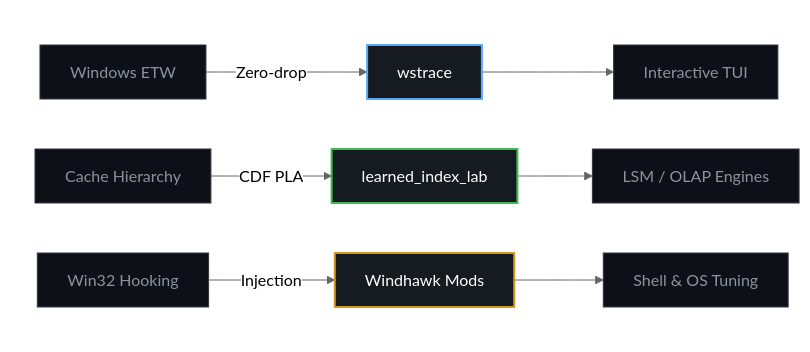
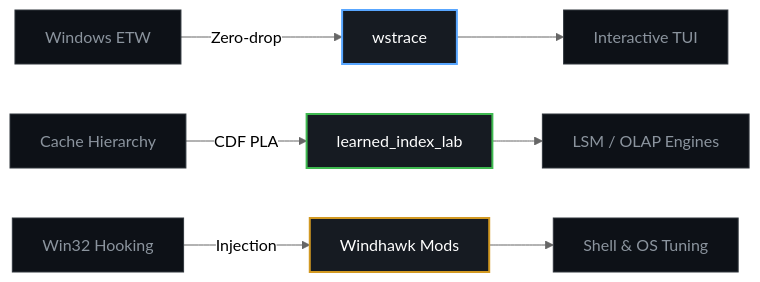
The diagram in README.md (gilnett/gilnett), drawn with Mermaid (neutral theme) before and after one commit. The commit also changed other lines of this file, not shown here.

Commit message:
docs: clean up core engineering focus with compact graph

````diff
--- a/README.md
+++ b/README.md
@@ -33,23 +23,24 @@
 ```mermaid
 graph LR
-    subgraph S1[" "]
-        ETW["Windows ETW"] -->|Zero-drop| W["wstrace"]
-        RAM["Cache Hierarchy"] -->|CDF PLA| P["learned_index_lab"]
-        WIN["Win32 Hooking"] -->|Injection| M["Windhawk Mods"]
-    end
+    ETW["Windows ETW"] -->|Zero-drop| W["wstrace"]
+    RAM["Cache Hierarchy"] -->|CDF PLA| P["learned_index_lab"]
+    WIN["Win32 Hooking"] -->|Injection| M["Windhawk Mods"]
 
     W --> TUI["Interactive TUI"]
     P --> DB["LSM / OLAP Engines"]
     M --> OS["Shell & OS Tuning"]
 
-    style S1 fill:none,stroke:none
+    click W "https://github.com/gilnett/wstrace" "Open wstrace repo"
+    click P "https://github.com/gilnett/learned_index_lab" "Open learned_index_lab repo"
+    click M "https://windhawk.net" "Open Windhawk mods"
+
     style W fill:#161b22,stroke:#58a6ff,stroke-width:2px,color:#fff
     style P fill:#161b22,stroke:#3fb950,stroke-width:2px,color:#fff
     style M fill:#161b22,stroke:#d29922,stroke-width:2px,color:#fff
     style ETW fill:#0d1117,stroke:#30363d,color:#8b949e
     style RAM fill:#0d1117,stroke:#30363d,color:#8b949e
     style WIN fill:#0d1117,stroke:#30363d,color:#8b949e
     style TUI fill:#0d1117,stroke:#30363d,color:#8b949e
     style DB fill:#0d1117,stroke:#30363d,color:#8b949e
     style OS fill:#0d1117,stroke:#30363d,color:#8b949e
 ```
````
